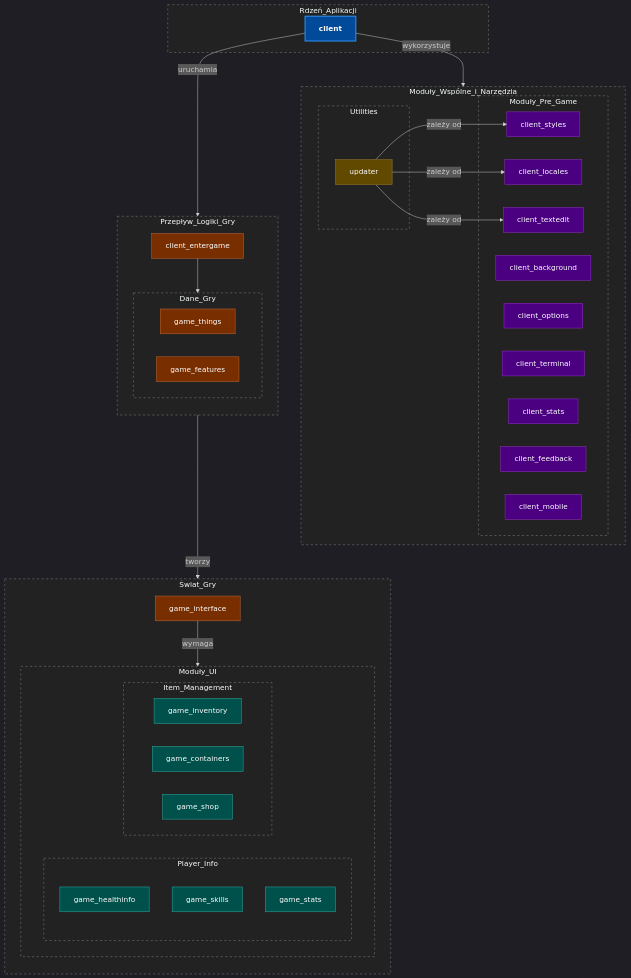
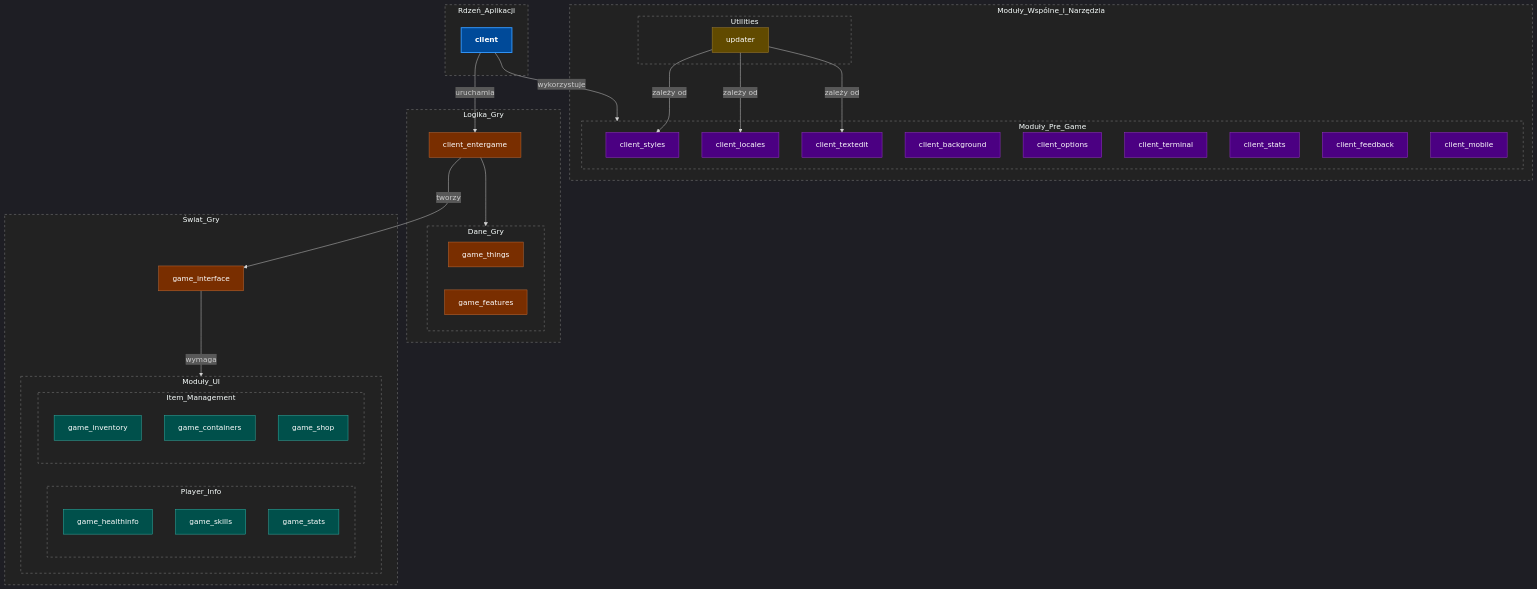
The diagram in docs/copilot/diagrams/modules_repo_dag.mmd (lukaszj321/otcv8-dev), drawn with Mermaid before and after one commit.

```diff
--- a/docs/copilot/diagrams/modules_repo_dag.mmd
+++ b/docs/copilot/diagrams/modules_repo_dag.mmd
@@ -1,72 +1,70 @@
 %%{init: {"theme":"dark"}}%%
 graph TD
-    %% = anas_definicyjne_stylow - hierarchia_wizualna
+    %% ===================================================================
+    %% DEFINICJE STYLÓW
+    %% ===================================================================
     classDef core fill:#004a99,color:#fff,stroke:#3399ff,stroke-width:2px,font-weight:bold,font-size:16px;
     classDef client_module fill:#4B0082,color:#fff,stroke:#9932CC;
     classDef game_logic fill:#792e00,color:#fff,stroke:#c26d39;
     classDef game_ui fill:#00504b,color:#fff,stroke:#33b3a9;
     classDef utility fill:#614a00,color:#fff,stroke:#a68333;
     classDef container fill:#222,stroke:#888,stroke-dasharray: 5 5;
 
     %% ===================================================================
-    %% DEKLARACJA GŁÓWNYCH KOMPONENTÓW
+    %% GŁÓWNY PRZEPŁYW ARCHITEKTONICZNY
     %% ===================================================================
-    
+
     subgraph Rdzeń_Aplikacji
         client;
     end
     
     subgraph Moduły_Wspólne_i_Narzędzia
-        direction LR
         subgraph Utilities
             updater;
         end
         subgraph Moduły_Pre_Game
             client_styles & client_locales & client_textedit & client_background & client_options & client_terminal & client_stats & client_feedback & client_mobile;
         end
     end
 
-    subgraph Przepływ_Logiki_Gry
-        direction TD
+    subgraph Logika_Gry
         client_entergame;
         subgraph Dane_Gry
             game_things & game_features;
         end
         client_entergame --> Dane_Gry;
     end
 
     subgraph Świat_Gry
-        direction TD
         game_interface;
         subgraph Moduły_UI
-            direction LR
             subgraph Player_Info
                 game_healthinfo & game_skills & game_stats_ui[game_stats];
             end
             subgraph Item_Management
                 game_inventory & game_containers & game_shop;
             end
         end
         game_interface -- "wymaga" --> Moduły_UI;
     end
 
     %% ===================================================================
-    %% POŁĄCZENIA - DEFINIOWANIE ARCHITEKTURY
+    %% POŁĄCZENIA MIĘDZY GŁÓWNYMI BLOKAMI
     %% ===================================================================
     client -- "wykorzystuje" --> Moduły_Pre_Game;
     client -- "uruchamia" --> client_entergame;
     client_entergame -- "tworzy" --> game_interface;
     
     %% Zależności updatgera
     updater -- "zależy od" --> client_locales & client_styles & client_textedit;
 
     %% ===================================================================
     %% PRZYPISANIE STYLÓW
     %% ===================================================================
     class client core;
-    class Rdzeń_Aplikacji,Moduły_Wspólne_i_Narzędzia,Przepływ_Logiki_Gry,Świat_Gry,Utilities,Moduły_Pre_Game,Dane_Gry,Moduły_UI,Player_Info,Item_Management container;
+    class Rdzeń_Aplikacji,Moduły_Wspólne_i_Narzędzia,Logika_Gry,Świat_Gry,Utilities,Moduły_Pre_Game,Dane_Gry,Moduły_UI,Player_Info,Item_Management container;
     class client_styles,client_locales,client_textedit,client_background,client_options,client_terminal,client_stats,client_feedback,client_mobile client_module;
     class client_entergame,game_things,game_features game_logic;
     class game_interface game_logic;
     class game_healthinfo,game_skills,game_stats_ui,game_inventory,game_containers,game_shop game_ui;
     class updater utility;
```
